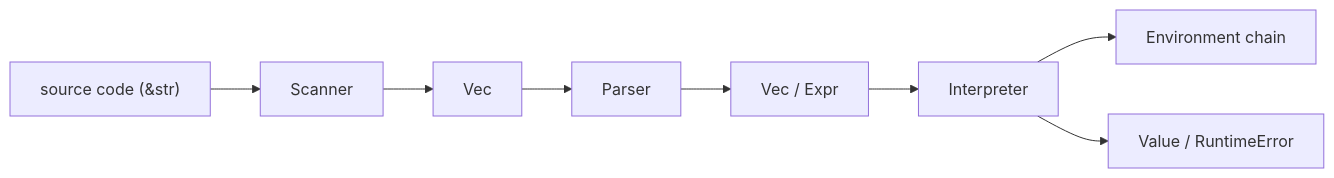
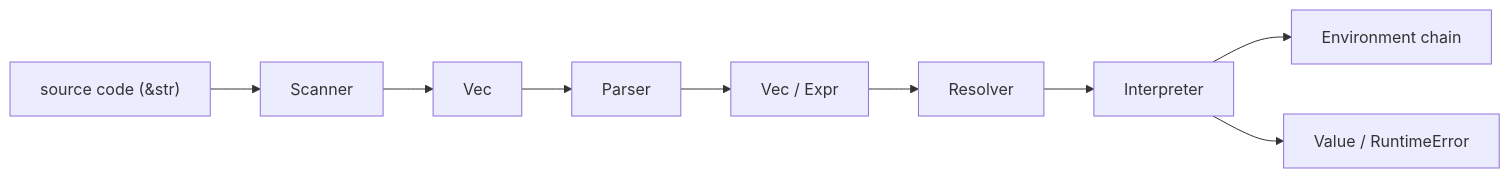
One commit to qingyu21/oxidized-lox changed the diagram in README.md. Above: the diagram before and after it, drawn with Mermaid. The commit also changed other lines of this file and 8 other files, not shown here.

````diff
--- a/README.md
+++ b/README.md
@@ -12,15 +12,16 @@
 ```mermaid
 flowchart LR
     Source["source code (&str)"]
     Scanner["Scanner"]
     Tokens["Vec<Token>"]
     Parser["Parser"]
     Ast["Vec<Stmt> / Expr"]
+    Resolver["Resolver"]
     Interpreter["Interpreter"]
     Env["Environment chain"]
     Result["Value / RuntimeError"]
 
-    Source --> Scanner --> Tokens --> Parser --> Ast --> Interpreter
+    Source --> Scanner --> Tokens --> Parser --> Ast --> Resolver --> Interpreter
     Interpreter --> Env
     Interpreter --> Result
 ```
````
